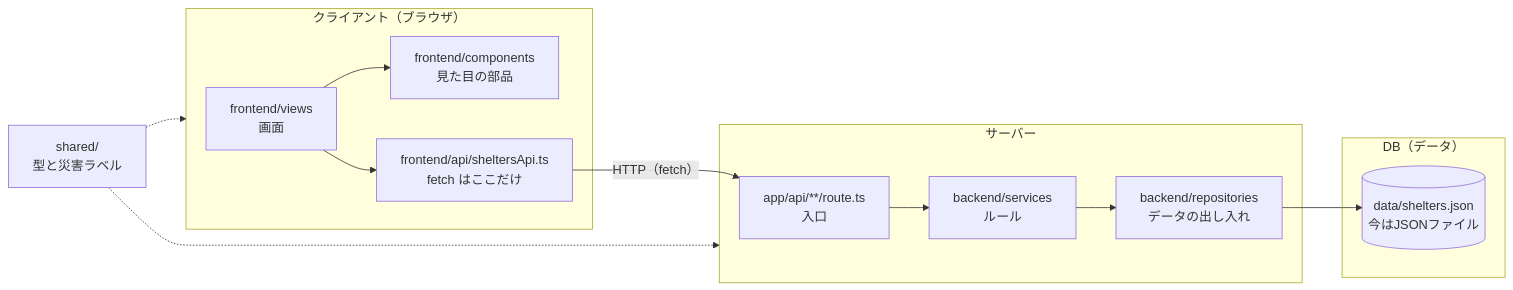
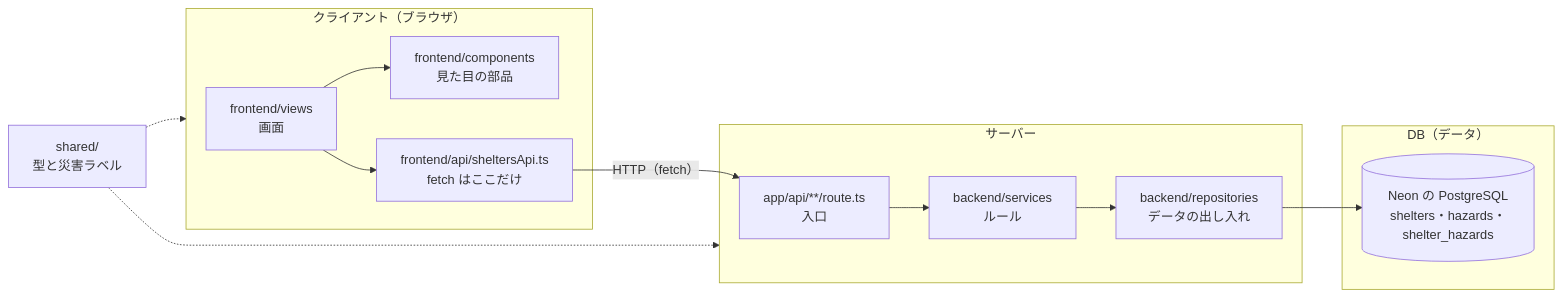
One commit to petasecic/my-app changed the first of 2 diagrams in CLAUDE.md. Above: the diagram before and after it, drawn with Mermaid. The commit also changed other lines of this file and 22 other files, not shown here.

First line of the commit message:
Switch shelter app to Neon DB with Shizuoka City data and map

````diff
--- a/CLAUDE.md
+++ b/CLAUDE.md
@@ -28,18 +29,18 @@
 ```mermaid
 flowchart LR
   subgraph C["クライアント（ブラウザ）"]
     V["frontend/views<br/>画面"] --> CP["frontend/components<br/>見た目の部品"]
     V --> A["frontend/api/sheltersApi.ts<br/>fetch はここだけ"]
   end
   subgraph S["サーバー"]
     R["app/api/**/route.ts<br/>入口"] --> SV["backend/services<br/>ルール"]
     SV --> RP["backend/repositories<br/>データの出し入れ"]
   end
   subgraph D["DB（データ）"]
-    J[("data/shelters.json<br/>今はJSONファイル")]
+    J[("Neon の PostgreSQL<br/>shelters・hazards・shelter_hazards")]
   end
   A -- "HTTP（fetch）" --> R
   RP --> J
   SH["shared/<br/>型と災害ラベル"] -.-> C
   SH -.-> S
 ```
````
